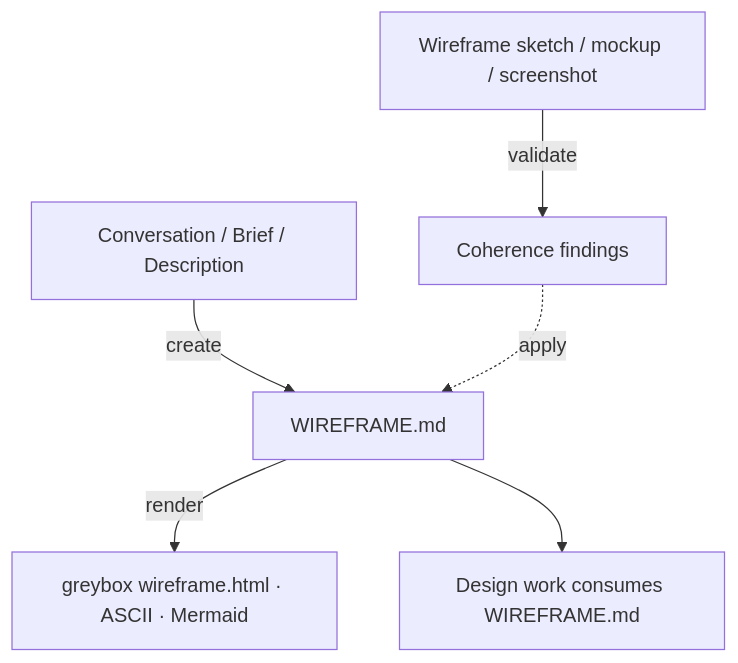
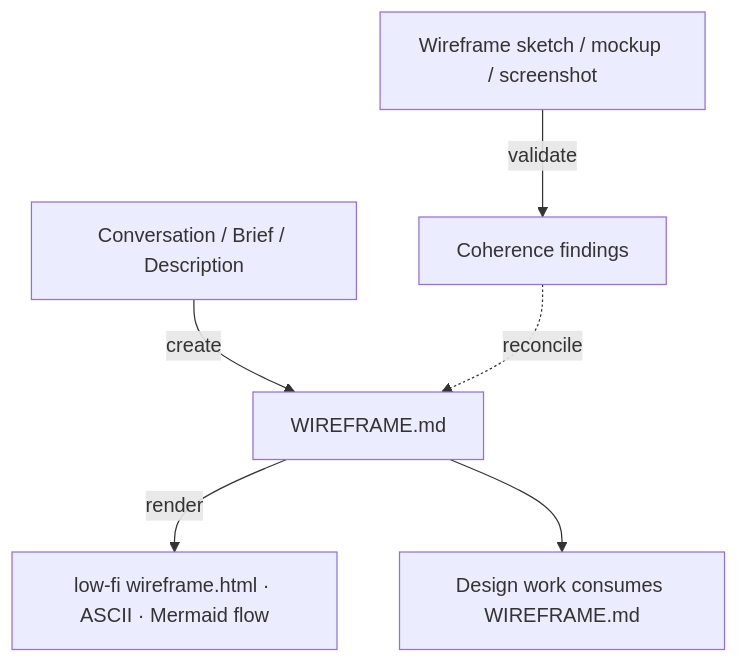
The diagram in skills/product/wireframe-sketch/README.md (adeonir/agent-skills), drawn with Mermaid before and after one commit. The commit also changed other lines of this file and 10 other files, not shown here.

First line of the commit message:
feat(wireframe-sketch): render a low-fi wireframe generatively

````diff
--- a/skills/product/wireframe-sketch/README.md
+++ b/skills/product/wireframe-sketch/README.md
@@ -7,8 +8,8 @@
 ```mermaid
 flowchart TD
     Conv[Conversation / Brief / Description] -->|create| B[WIREFRAME.md]
     Wire[Wireframe sketch / mockup / screenshot] -->|validate| F[Coherence findings]
-    F -.->|apply| B
-    B -->|render| H[greybox wireframe.html · ASCII · Mermaid]
+    F -.->|reconcile| B
+    B -->|render| H[low-fi wireframe.html · ASCII · Mermaid flow]
     B --> D[Design work consumes WIREFRAME.md]
 ```
````
